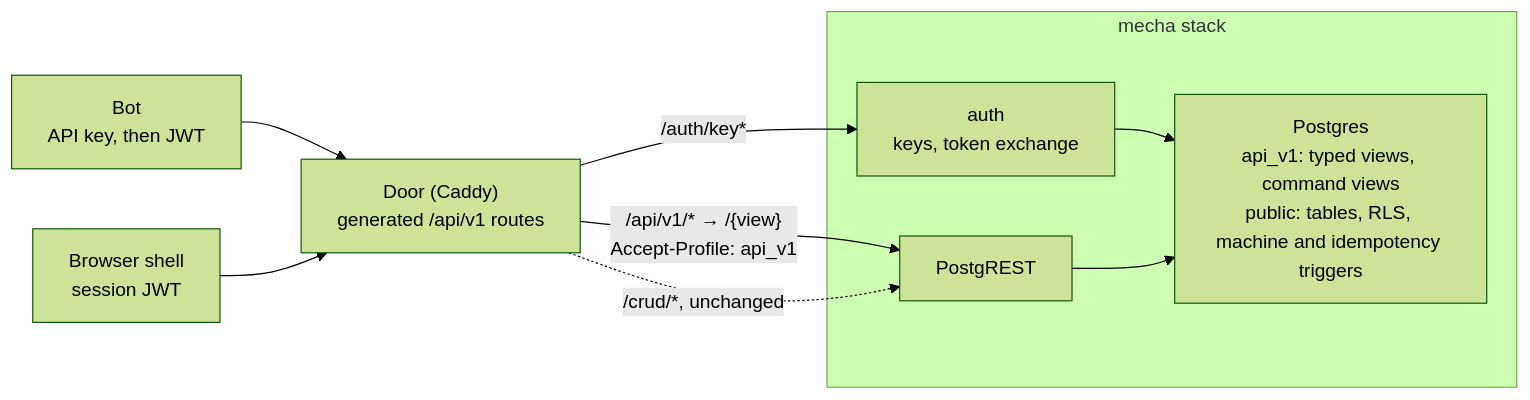
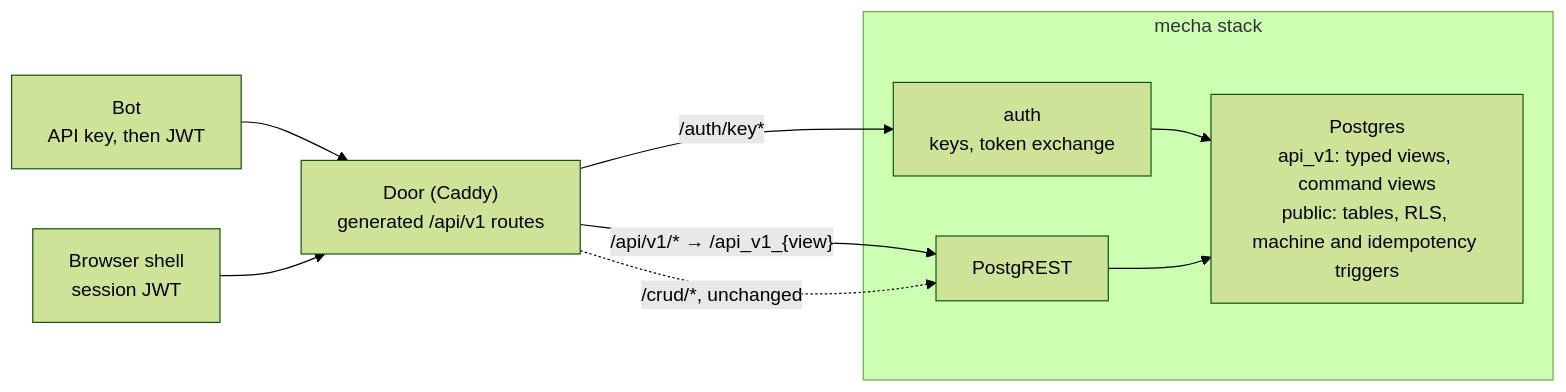
Before and after one commit to bsoneca/pronto-plugins: the diagram in docs/pronto-api.md, drawn with Mermaid (forest theme). The commit also changed other lines of this file and 3 other files, not shown here.

Commit message:
PRONTO-740: pronto-api serves its views from public as api_v1_<view> too (PostgREST on upstream serves public only)

````diff
--- a/docs/pronto-api.md
+++ b/docs/pronto-api.md
@@ -55,15 +55,15 @@
 ```mermaid
 flowchart LR
   bot["Bot<br/>API key, then JWT"] --> door["Door (Caddy)<br/>generated /api/v1 routes"]
   browser["Browser shell<br/>session JWT"] --> door
-  door -- "/api/v1/* → /{view}<br/>Accept-Profile: api_v1" --> crud
+  door -- "/api/v1/* → /api_v1_{view}" --> crud
   door -. "/crud/*, unchanged" .-> crud
   door -- "/auth/key*" --> auth
   subgraph mecha["mecha stack"]
     auth["auth<br/>keys, token exchange"]
     crud["PostgREST"]
     pg["Postgres<br/>api_v1: typed views, command views<br/>public: tables, RLS, machine and idempotency triggers"]
   end
   auth --> pg
   crud --> pg
 ```
````
